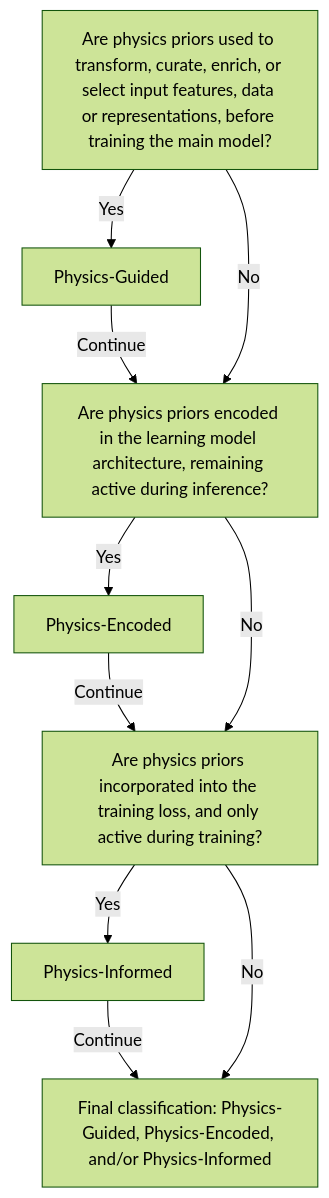
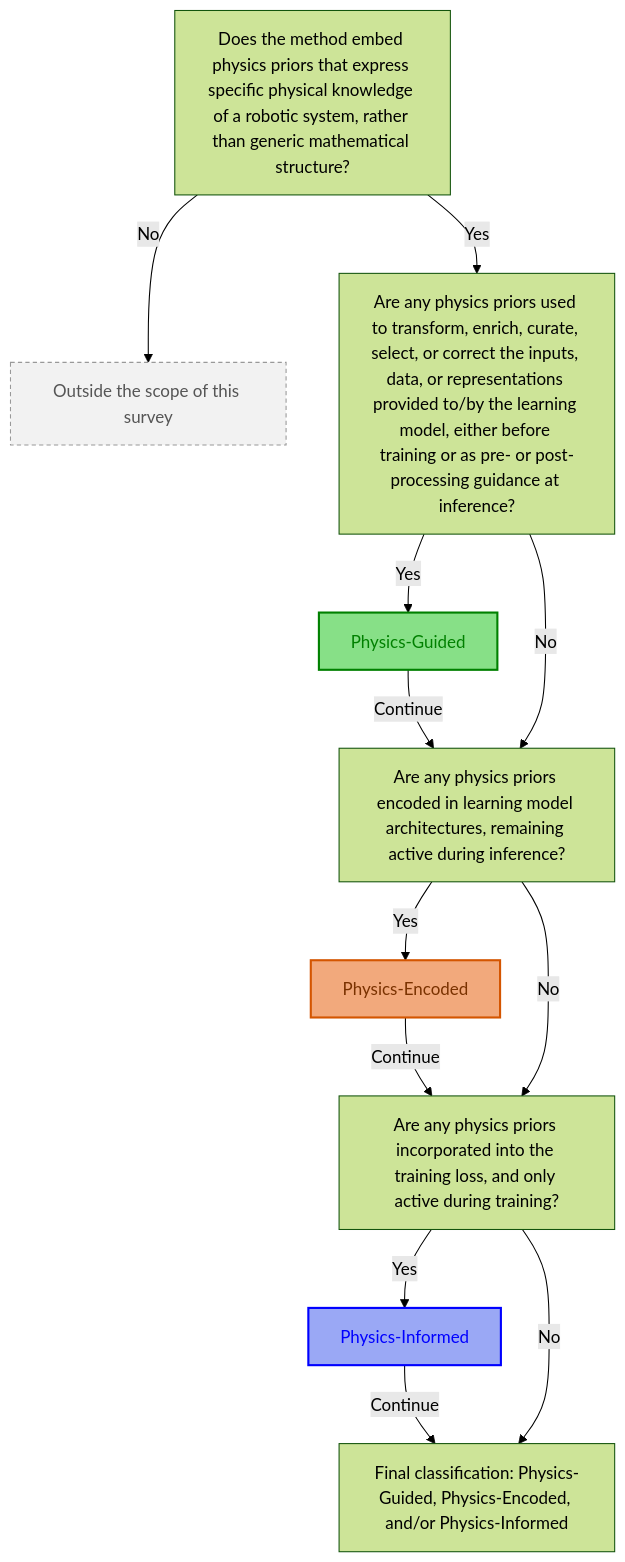
The diagram in README.md (TUM-AVS/survey-physics-embedded-robot-learning), drawn with Mermaid (forest theme) before and after one commit. The commit also changed other lines of this file and 1 other file, not shown here.

````diff
--- a/README.md
+++ b/README.md
@@ -72,19 +76,31 @@
 ```mermaid
 flowchart TD
-  Q1["Are physics priors used to transform, curate, enrich, or select input features, data or representations, before training the main model?"]
+  Q0["Does the method embed physics priors that express specific physical knowledge of a robotic system, rather than generic mathematical structure?"]
+  OUT["Outside the scope of this survey"]
+  Q1["Are any physics priors used to transform, enrich, curate, select, or correct the inputs, data, or representations provided to/by the learning model, either before training or as pre- or post-processing guidance at inference?"]
   PG["Physics-Guided"]
-  Q2["Are physics priors encoded in the learning model architecture, remaining active during inference?"]
+  Q2["Are any physics priors encoded in learning model architectures, remaining active during inference?"]
   PE["Physics-Encoded"]
-  Q3["Are physics priors incorporated into the training loss, and only active during training?"]
+  Q3["Are any physics priors incorporated into the training loss, and only active during training?"]
   PI["Physics-Informed"]
   F["Final classification: Physics-Guided, Physics-Encoded, and/or Physics-Informed"]
+  Q0 -->|Yes| Q1
+  Q0 -->|No| OUT
   Q1 -->|Yes| PG
   PG -->|Continue| Q2
   Q1 -->|No| Q2
   Q2 -->|Yes| PE
   PE -->|Continue| Q3
   Q2 -->|No| Q3
   Q3 -->|Yes| PI
   PI -->|Continue| F
   Q3 -->|No| F
+  classDef guided fill:#87e087,stroke:#008000,color:#008000,stroke-width:2px;
+  classDef encoded fill:#f2a97c,stroke:#d45500,color:#7a3200,stroke-width:2px;
+  classDef informed fill:#9aa8f5,stroke:#0000ff,color:#0000ff,stroke-width:2px;
+  classDef out fill:#f2f2f2,stroke:#999,color:#555,stroke-dasharray:4 3;
+  class PG guided;
+  class PE encoded;
+  class PI informed;
+  class OUT out;
 ```
````
